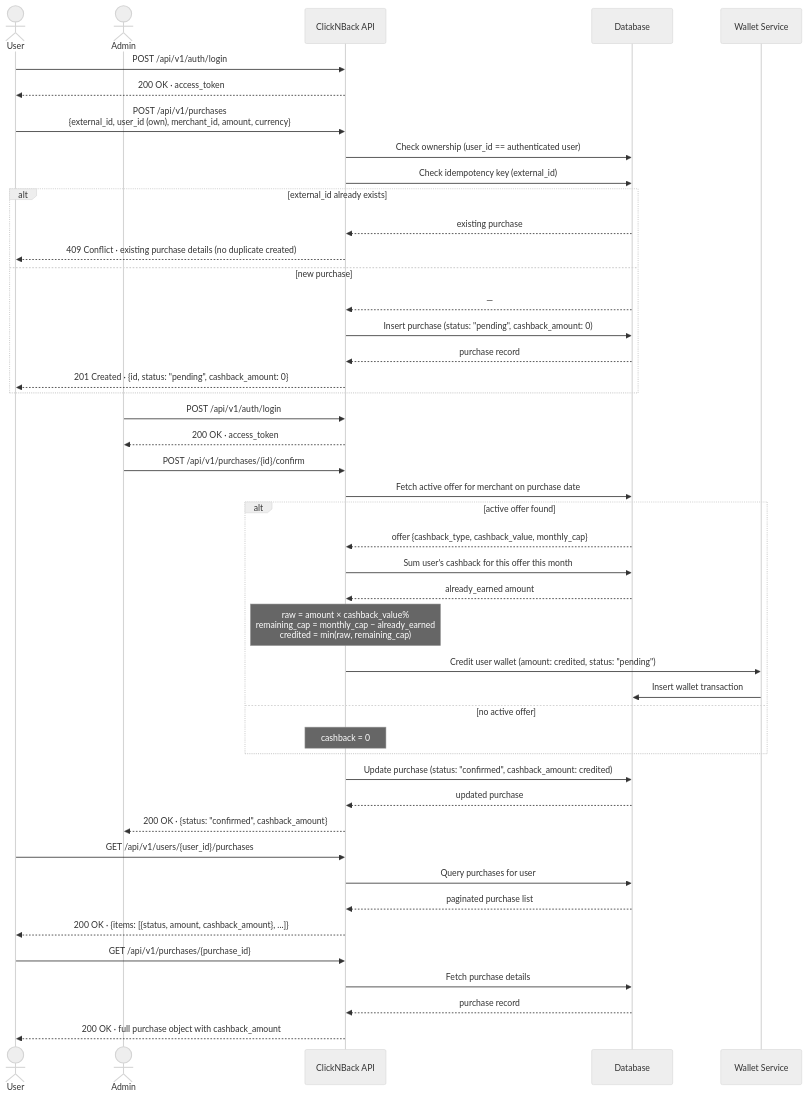
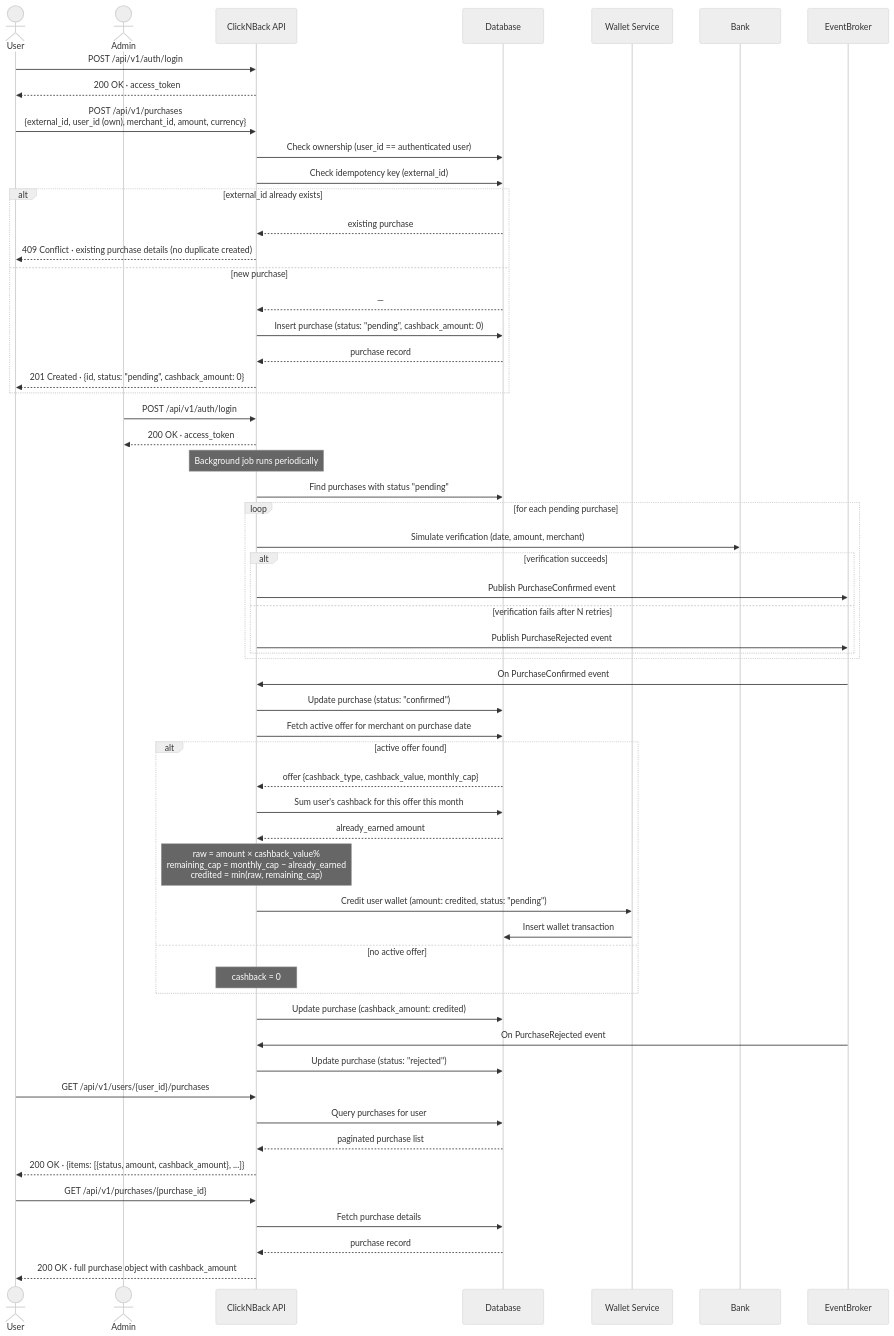
The diagram in docs/specs/workflows/03-purchase-and-cashback.md (jerosanchez/clicknback), drawn with Mermaid (neutral theme) before and after one commit. The commit also changed other lines of this file and 5 other files, not shown here.

````diff
--- a/docs/specs/workflows/03-purchase-and-cashback.md
+++ b/docs/specs/workflows/03-purchase-and-cashback.md
@@ -17,53 +17,65 @@
 ```mermaid
 sequenceDiagram
     actor User
     actor Admin
     participant API as ClickNBack API
     participant DB as Database
     participant Wallet as Wallet Service
 
     User->>API: POST /api/v1/auth/login
     API-->>User: 200 OK · access_token
 
     User->>API: POST /api/v1/purchases<br/>{external_id, user_id (own), merchant_id, amount, currency}
     API->>DB: Check ownership (user_id == authenticated user)
     API->>DB: Check idempotency key (external_id)
     alt external_id already exists
         DB-->>API: existing purchase
         API-->>User: 409 Conflict · existing purchase details (no duplicate created)
     else new purchase
         DB-->>API: —
         API->>DB: Insert purchase (status: "pending", cashback_amount: 0)
         DB-->>API: purchase record
         API-->>User: 201 Created · {id, status: "pending", cashback_amount: 0}
     end
 
     Admin->>API: POST /api/v1/auth/login
     API-->>Admin: 200 OK · access_token
 
-    Admin->>API: POST /api/v1/purchases/{id}/confirm
-    API->>DB: Fetch active offer for merchant on purchase date
-    alt active offer found
-        DB-->>API: offer {cashback_type, cashback_value, monthly_cap}
-        API->>DB: Sum user's cashback for this offer this month
-        DB-->>API: already_earned amount
-        Note over API: raw = amount × cashback_value%<br/>remaining_cap = monthly_cap − already_earned<br/>credited = min(raw, remaining_cap)
-        API->>Wallet: Credit user wallet (amount: credited, status: "pending")
-        Wallet->>DB: Insert wallet transaction
-    else no active offer
-        Note over API: cashback = 0
-    end
-    API->>DB: Update purchase (status: "confirmed", cashback_amount: credited)
-    DB-->>API: updated purchase
-    API-->>Admin: 200 OK · {status: "confirmed", cashback_amount}
+
+        Note over API: Background job runs periodically
+        API->>DB: Find purchases with status "pending"
+        loop for each pending purchase
+            API->>Bank: Simulate verification (date, amount, merchant)
+            alt verification succeeds
+                API->>EventBroker: Publish PurchaseConfirmed event
+            else verification fails after N retries
+                API->>EventBroker: Publish PurchaseRejected event
+            end
+        end
+        EventBroker->>API: On PurchaseConfirmed event
+        API->>DB: Update purchase (status: "confirmed")
+        API->>DB: Fetch active offer for merchant on purchase date
+        alt active offer found
+            DB-->>API: offer {cashback_type, cashback_value, monthly_cap}
+            API->>DB: Sum user's cashback for this offer this month
+            DB-->>API: already_earned amount
+            Note over API: raw = amount × cashback_value%<br/>remaining_cap = monthly_cap − already_earned<br/>credited = min(raw, remaining_cap)
+            API->>Wallet: Credit user wallet (amount: credited, status: "pending")
+            Wallet->>DB: Insert wallet transaction
+        else no active offer
+            Note over API: cashback = 0
+        end
+        API->>DB: Update purchase (cashback_amount: credited)
+        EventBroker->>API: On PurchaseRejected event
+        API->>DB: Update purchase (status: "rejected")
 
     User->>API: GET /api/v1/users/{user_id}/purchases
     API->>DB: Query purchases for user
     DB-->>API: paginated purchase list
     API-->>User: 200 OK · {items: [{status, amount, cashback_amount}, ...]}
 
     User->>API: GET /api/v1/purchases/{purchase_id}
     API->>DB: Fetch purchase details
     DB-->>API: purchase record
     API-->>User: 200 OK · full purchase object with cashback_amount
 ```
````
